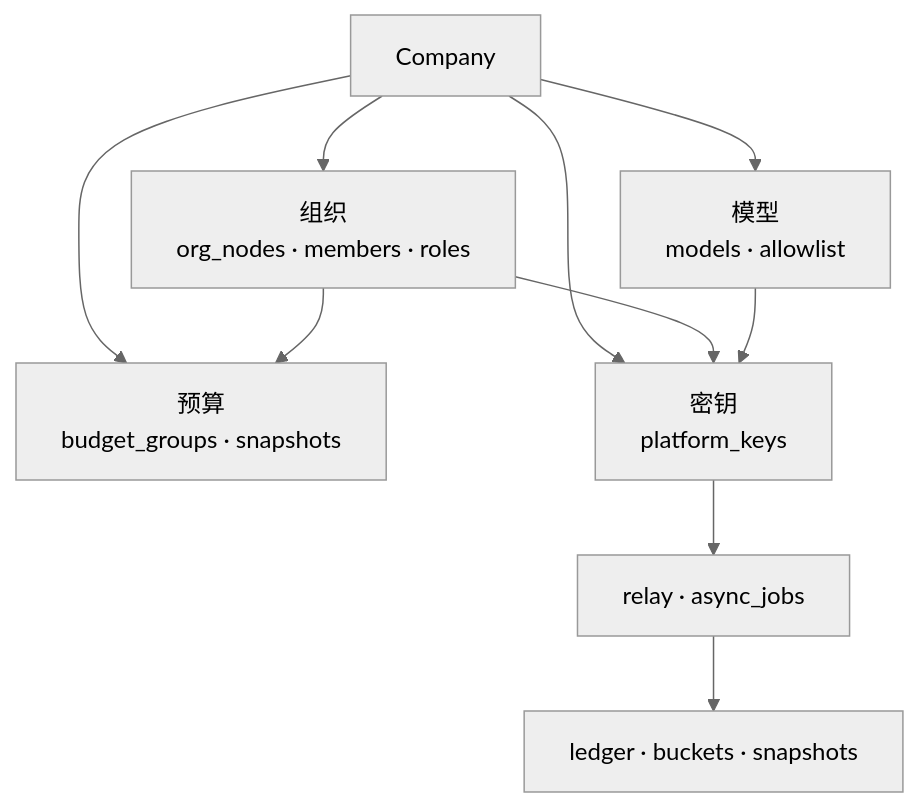
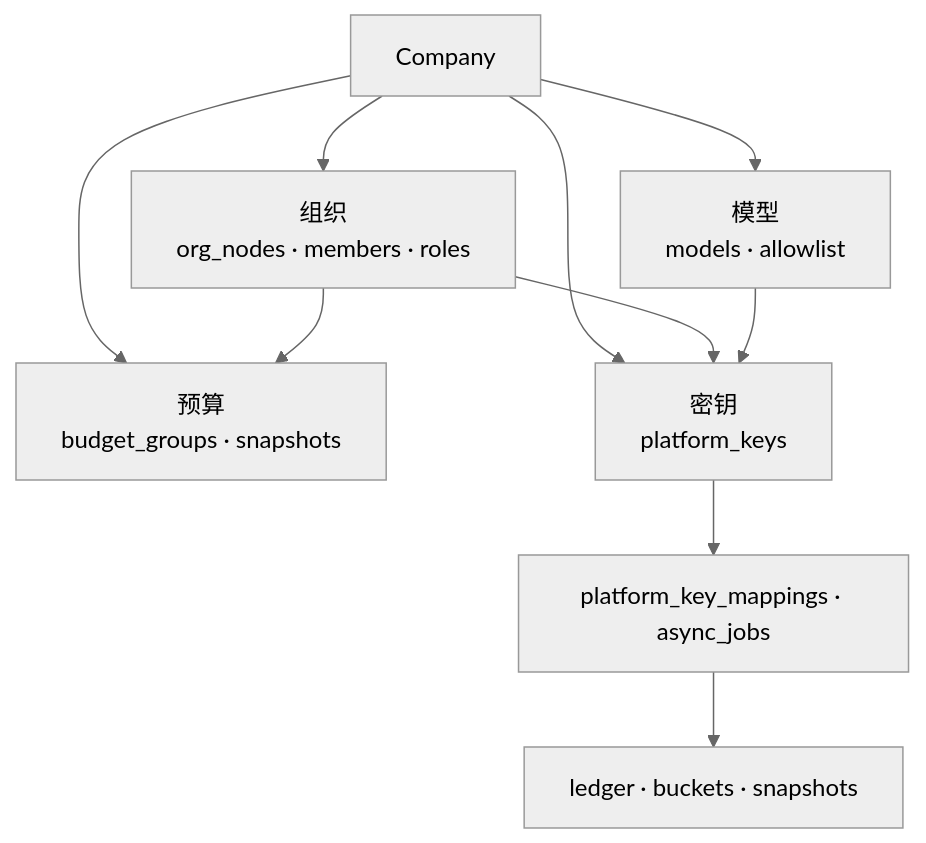
One commit to quyip8818/mytokenjoy changed the second of 7 diagrams in docs/Backend-存储架构.md. Above: the diagram before and after it, drawn with Mermaid (neutral theme). The commit also changed other lines of this file and 169 other files, not shown here.

````diff
--- a/docs/Backend-存储架构.md
+++ b/docs/Backend-存储架构.md
@@ -47,11 +47,11 @@
 ```mermaid
 flowchart TB
   CO[Company] --> ORG[组织<br/>org_nodes · members · roles]
   CO --> BUD[预算<br/>budget_groups · snapshots]
   CO --> KEY[密钥<br/>platform_keys]
   CO --> MOD[模型<br/>models · allowlist]
   ORG --> BUD & KEY
   MOD --> KEY
-  KEY --> RLY[relay · async_jobs]
+  KEY --> RLY[platform_key_mappings · async_jobs]
   RLY --> USG[ledger · buckets · snapshots]
 ```
````
